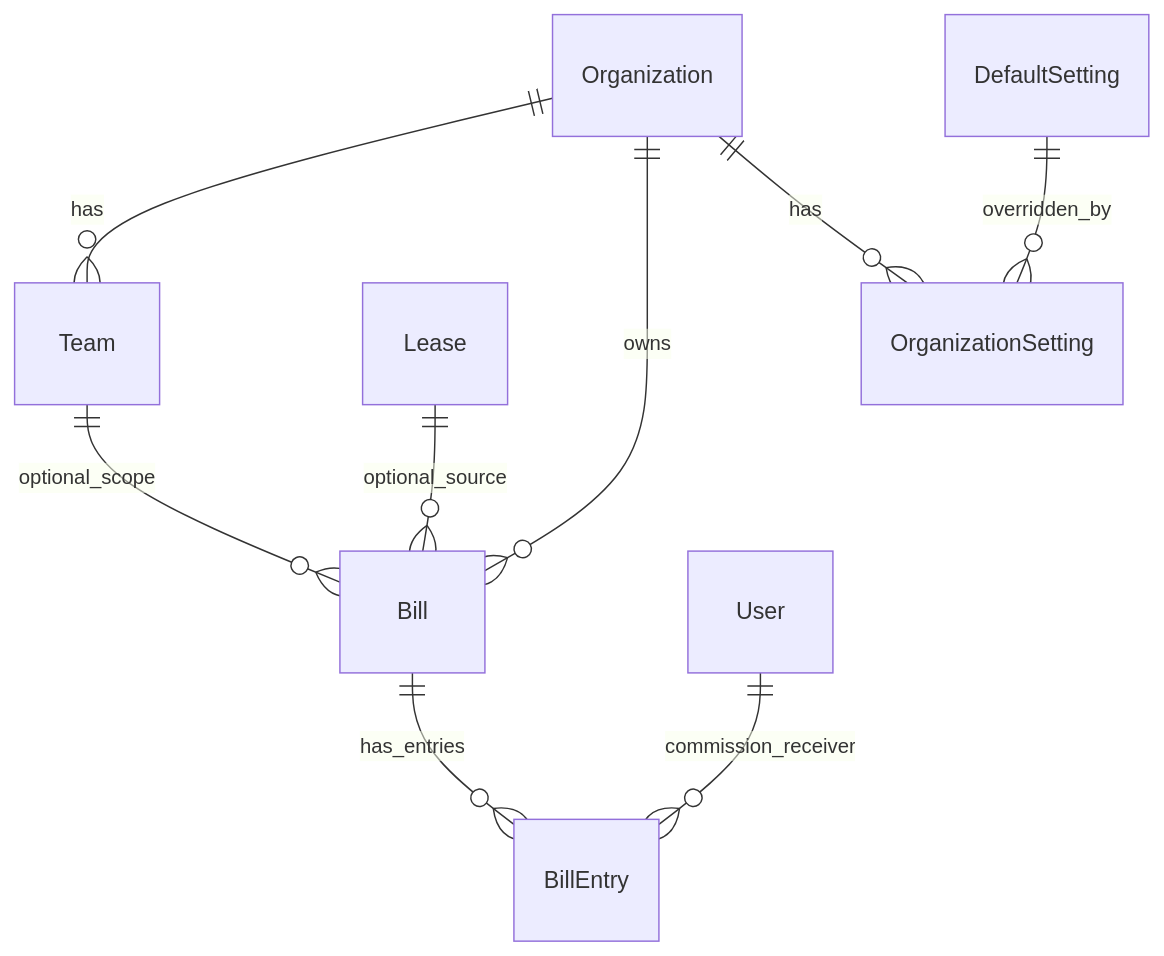
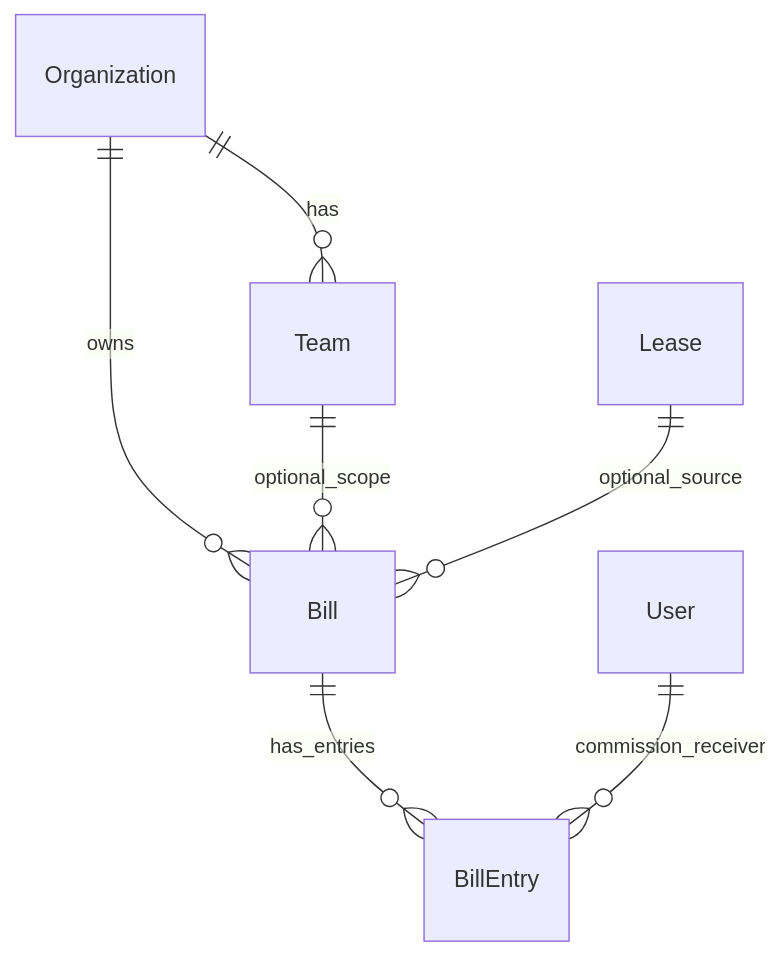
Before and after one commit to ol0o0lo/linkcloud-space: the diagram in docs/superpowers/specs/2026-07-04-tenant-finance-bill-design.md, drawn with Mermaid. The commit also changed other lines of this file, not shown here.

````diff
--- a/docs/superpowers/specs/2026-07-04-tenant-finance-bill-design.md
+++ b/docs/superpowers/specs/2026-07-04-tenant-finance-bill-design.md
@@ -79,13 +78,10 @@
 ```mermaid
 erDiagram
   Organization ||--o{ Team : has
   Organization ||--o{ Bill : owns
   Team ||--o{ Bill : optional_scope
 
   Lease ||--o{ Bill : optional_source
   Bill ||--o{ BillEntry : has_entries
   User ||--o{ BillEntry : commission_receiver
-
-  DefaultSetting ||--o{ OrganizationSetting : overridden_by
-  Organization ||--o{ OrganizationSetting : has
 ```
````
